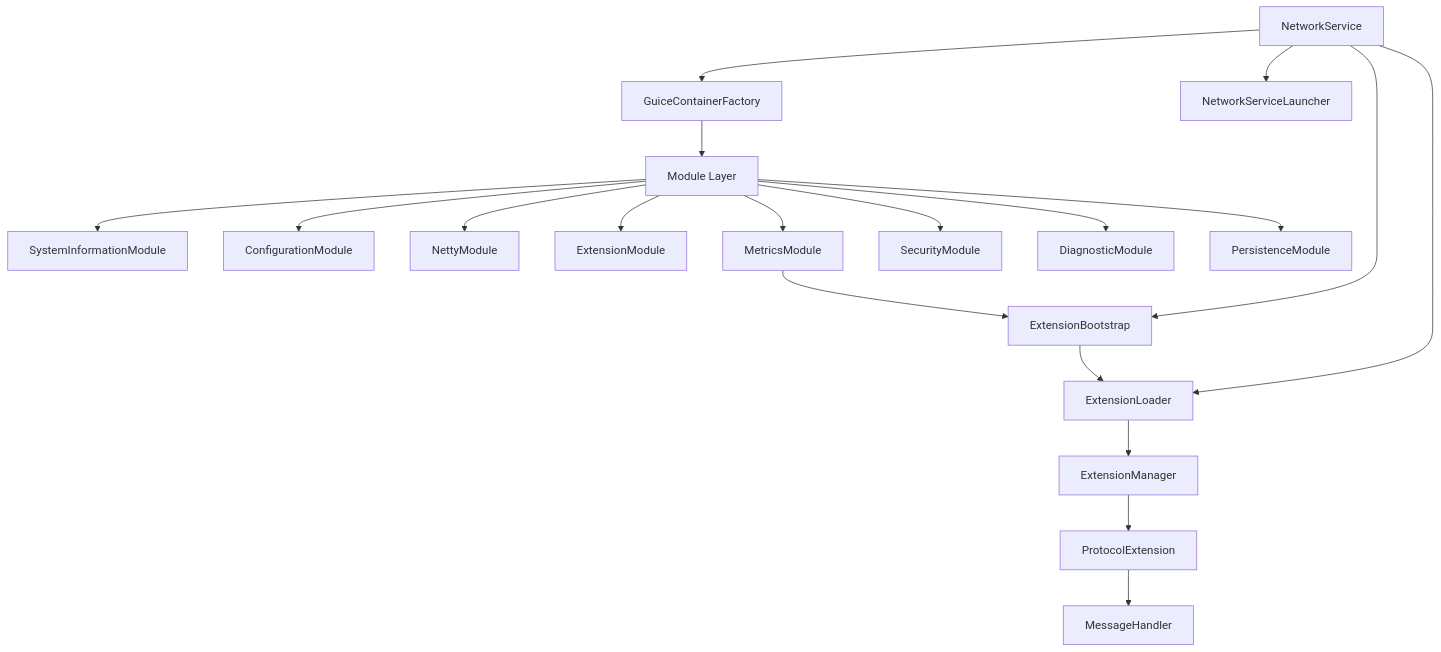
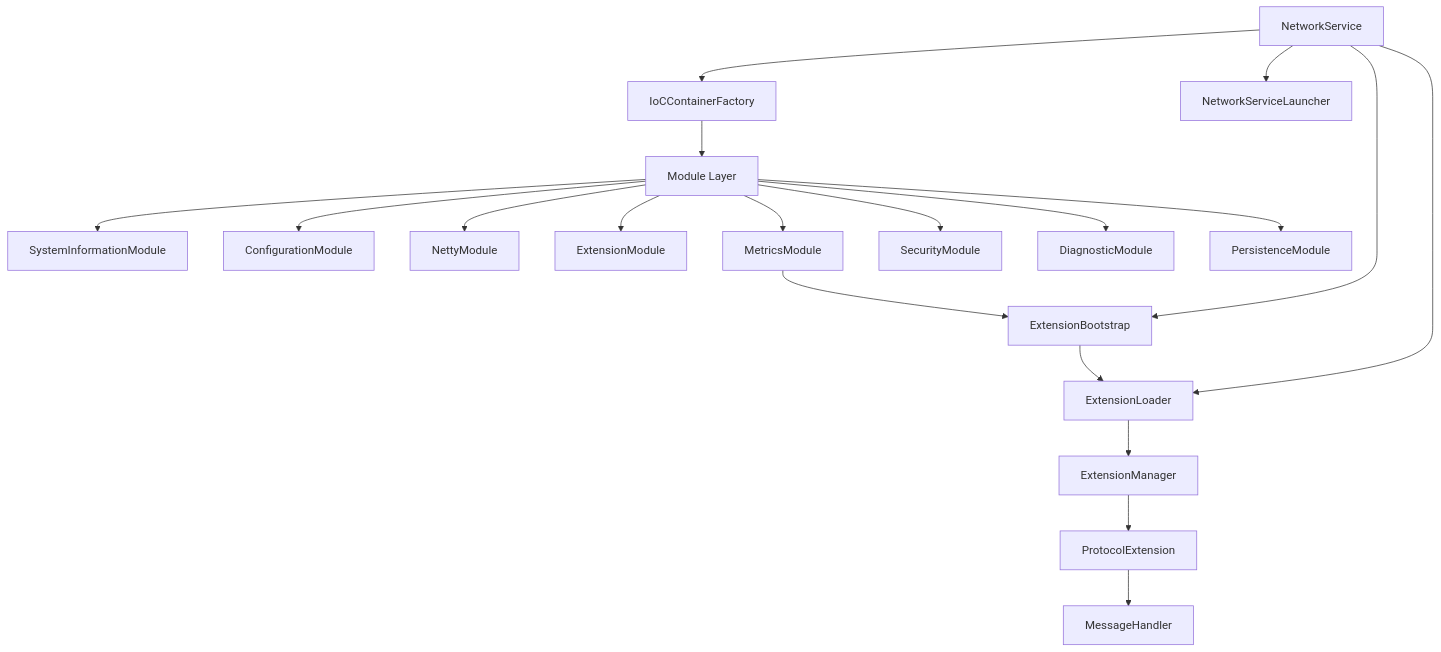
Before and after one commit to base64coder/network-service-template: the first of 2 diagrams in README.md, drawn with Mermaid. The commit also changed other lines of this file and 117 other files, not shown here.

````diff
--- a/README.md
+++ b/README.md
@@ -45,24 +37,24 @@
 ```mermaid
 graph TD
-    A[NetworkService] --> B[GuiceContainerFactory]
+    A[NetworkService] --> B[IoCContainerFactory]
     B --> C[Module Layer]
     
     C --> D[SystemInformationModule]
     C --> E[ConfigurationModule]
     C --> F[NettyModule]
     C --> G[ExtensionModule]
     C --> H[MetricsModule]
     C --> I[SecurityModule]
     C --> J[DiagnosticModule]
     C --> K[PersistenceModule]
     
     A --> L[NetworkServiceLauncher]
     A --> M[ExtensionBootstrap]
     A --> N[ExtensionManager]
     
     H --> M[ExtensionBootstrap]
     M --> N[ExtensionLoader]
     N --> O[ExtensionManager]
     O --> P[ProtocolExtension]
     P --> Q[MessageHandler]
 ```
````
